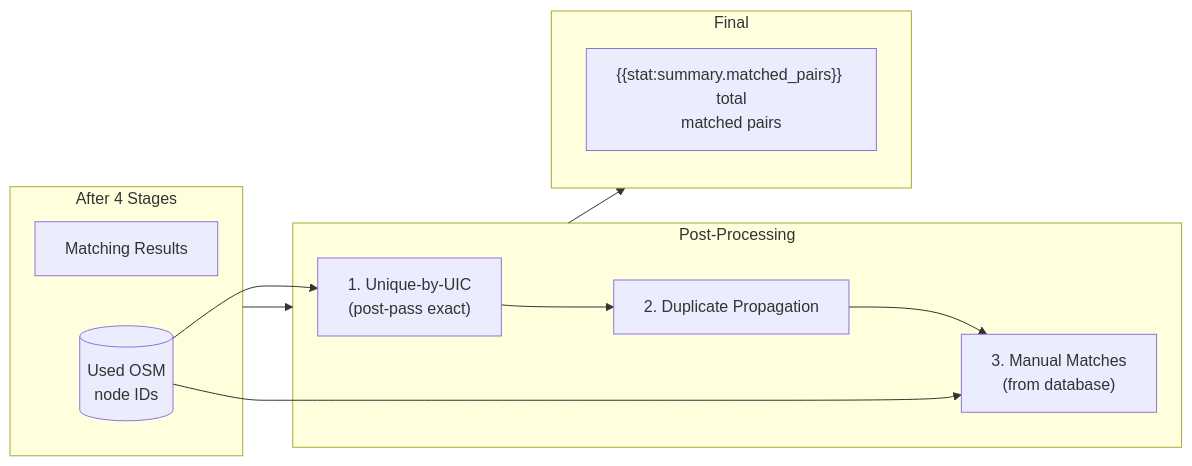
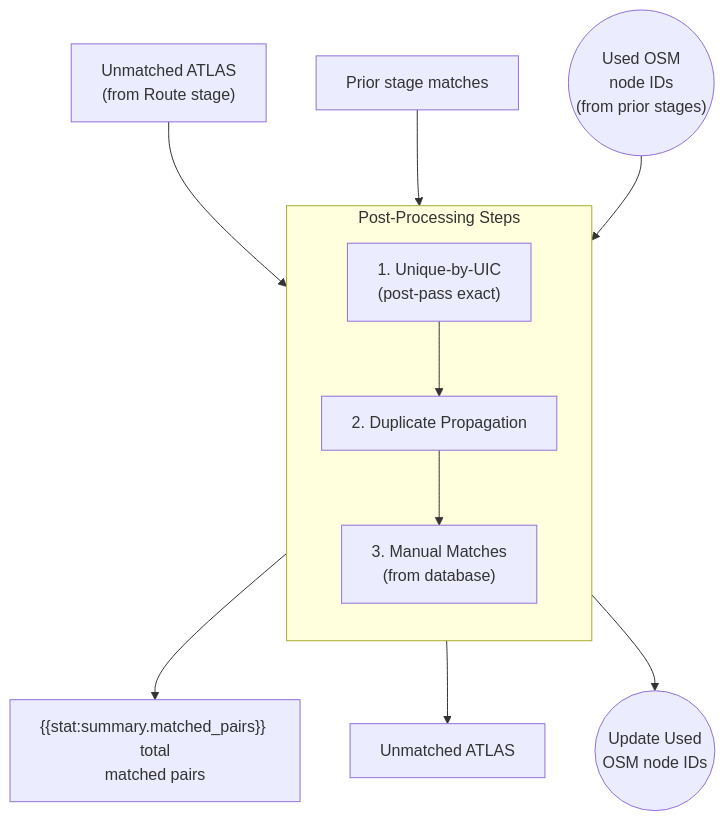
The diagram in documentation/2.5 Post-processing.md (openTdataCH/stop_sync_osm_atlas), drawn with Mermaid before and after one commit. The commit also changed 11 other files, not shown here.

````diff
--- a/documentation/2.5 Post-processing.md
+++ b/documentation/2.5 Post-processing.md
@@ -5,22 +5,23 @@
 ```mermaid
-flowchart LR
-    subgraph Input["After 4 Stages"]
-        I[Matching Results]
-        U[("Used OSM<br/>node IDs")]
-    end
-    
-    subgraph Post["Post-Processing"]
+flowchart TB
+    %% ===== INPUTS =====
+    IN["Unmatched ATLAS<br/>(from Route stage)"]
+    PRIOR["Prior stage matches"]
+    U(("Used OSM<br/>node IDs<br/>(from prior stages)"))
+
+    IN --> P1
+    PRIOR --> P1
+    U --> P1
+
+    subgraph Post["Post-Processing Steps"]
+        direction TB
         P1["1. Unique-by-UIC<br/>(post-pass exact)"]
         P2["2. Duplicate Propagation"]
         P3["3. Manual Matches<br/>(from database)"]
         P1 --> P2 --> P3
     end
-    
-    subgraph Output["Final"]
-        O["{{stat:summary.matched_pairs}} total<br/>matched pairs"]
-    end
-    
-    Input --> Post --> Output
-    U --> P1
-    U --> P3
+
+    P3 --> OUT["{{stat:summary.matched_pairs}} total<br/>matched pairs"]
+    P3 --> UA["Unmatched ATLAS"]
+    P3 --> U2(("Update Used<br/>OSM node IDs"))
 ```
````
